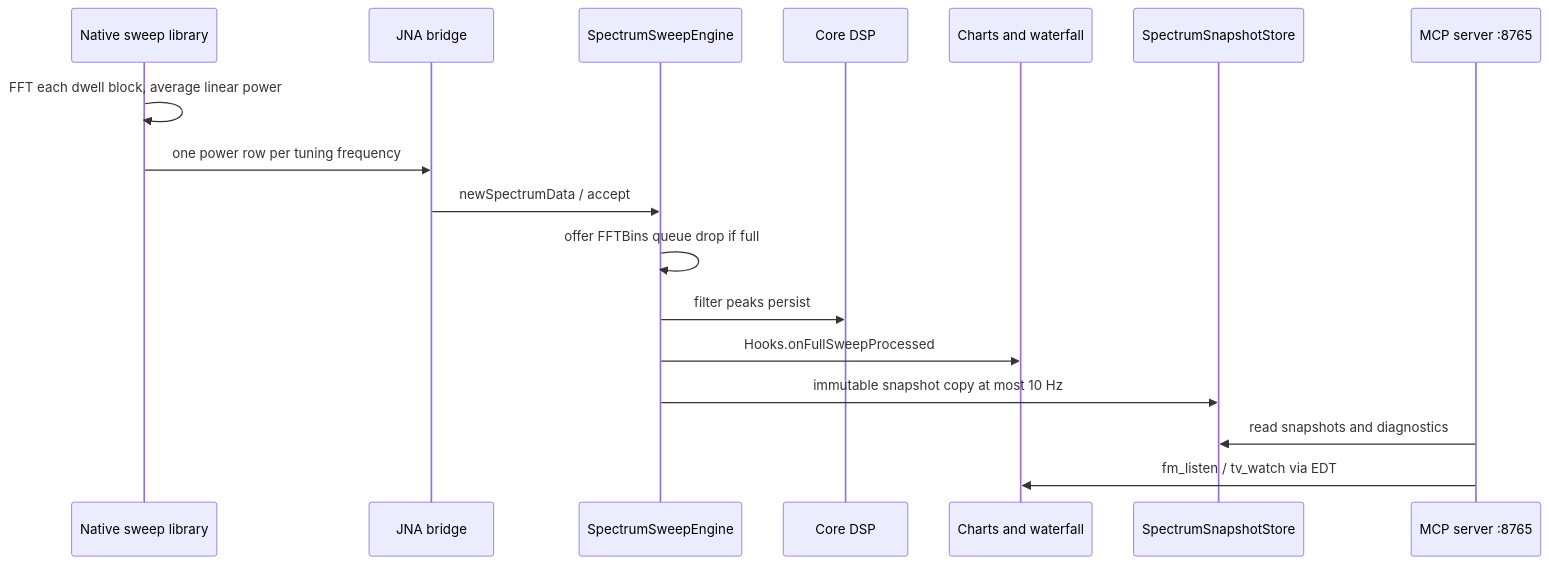
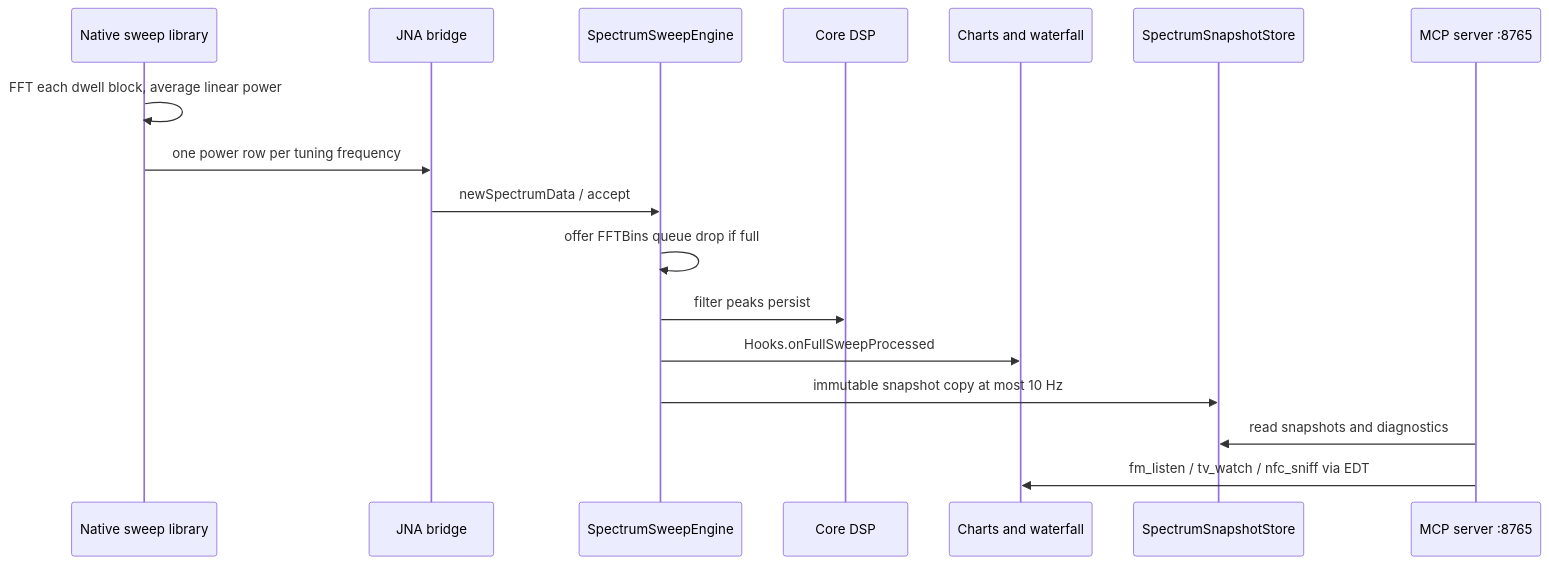
The third of 7 diagrams in docs/architecture.md (chris-piekarski/hot-iron), drawn with Mermaid before and after one commit. The commit also changed other lines of this file and 55 other files, not shown here.

First line of the commit message:
Add parked NFC Sniff so the same HackRF can decode Type A/B frames.

````diff
--- a/docs/architecture.md
+++ b/docs/architecture.md
@@ -108,20 +115,20 @@
 ```mermaid
 sequenceDiagram
     participant Native as Native sweep library
     participant Bridge as JNA bridge
     participant Engine as SpectrumSweepEngine
     participant DSP as Core DSP
     participant UI as Charts and waterfall
     participant Store as SpectrumSnapshotStore
     participant MCP as MCP server :8765
 
     Native->>Native: FFT each dwell block, average linear power
     Native->>Bridge: one power row per tuning frequency
     Bridge->>Engine: newSpectrumData / accept
     Engine->>Engine: offer FFTBins queue drop if full
     Engine->>DSP: filter peaks persist
     Engine->>UI: Hooks.onFullSweepProcessed
     Engine->>Store: immutable snapshot copy at most 10 Hz
     MCP->>Store: read snapshots and diagnostics
-    MCP->>UI: fm_listen / tv_watch via EDT
+    MCP->>UI: fm_listen / tv_watch / nfc_sniff via EDT
 ```
````
